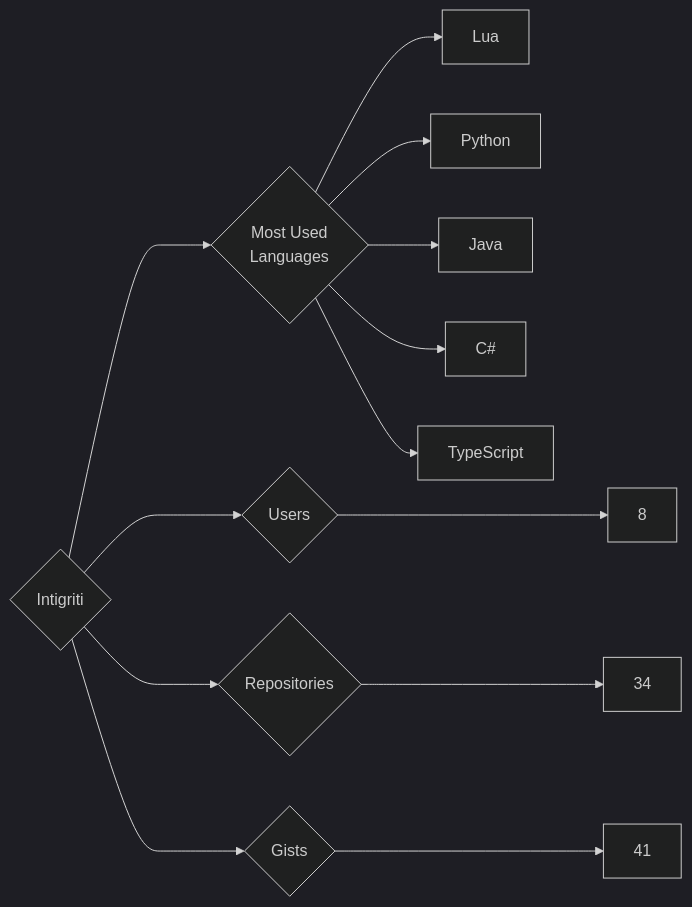
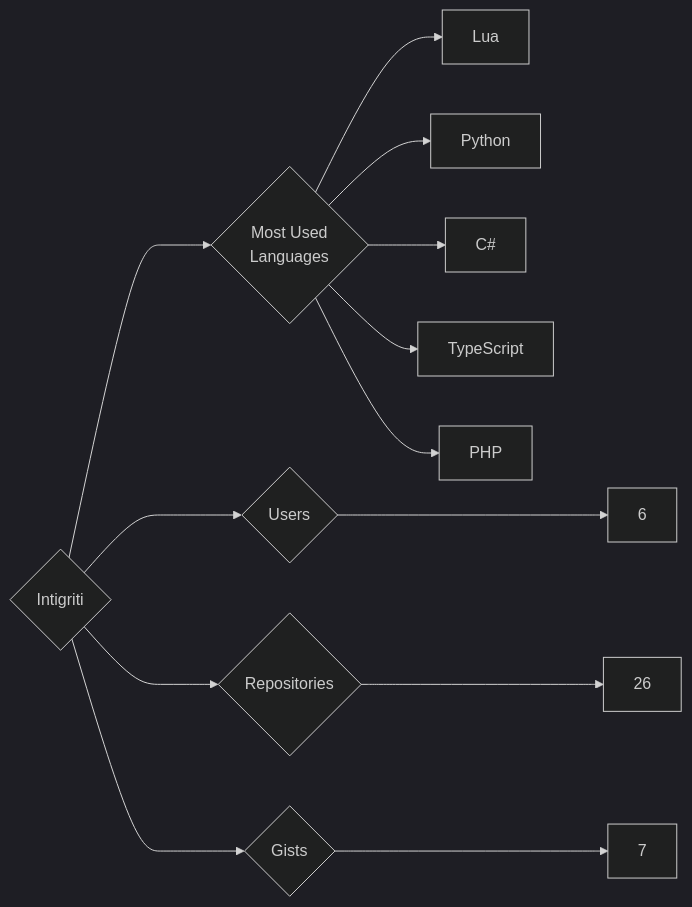
The diagram in targets/Intigriti/README.md (trickest/insiders), drawn with Mermaid (dark theme) before and after one commit. The commit also changed 993 other files, not shown here.

````diff
--- a/targets/Intigriti/README.md
+++ b/targets/Intigriti/README.md
@@ -3,13 +3,13 @@
 ```mermaid
 graph LR
 COMPANY_NAME{Intigriti}
-COMPANY_NAME ---> U{Users} ---> UN[8]
-COMPANY_NAME ---> R{Repositories} ---> RN[34]
-COMPANY_NAME ---> G{Gists} ---> GN[41]
+COMPANY_NAME ---> U{Users} ---> UN[6]
+COMPANY_NAME ---> R{Repositories} ---> RN[26]
+COMPANY_NAME ---> G{Gists} ---> GN[7]
 COMPANY_NAME ---> ML{Most Used<br>Languages}
 ML --> Lua[Lua]
 ML --> Python[Python]
-ML --> Java[Java]
 ML --> C#[C#]
 ML --> TypeScript[TypeScript]
+ML --> PHP[PHP]
 ```
````
